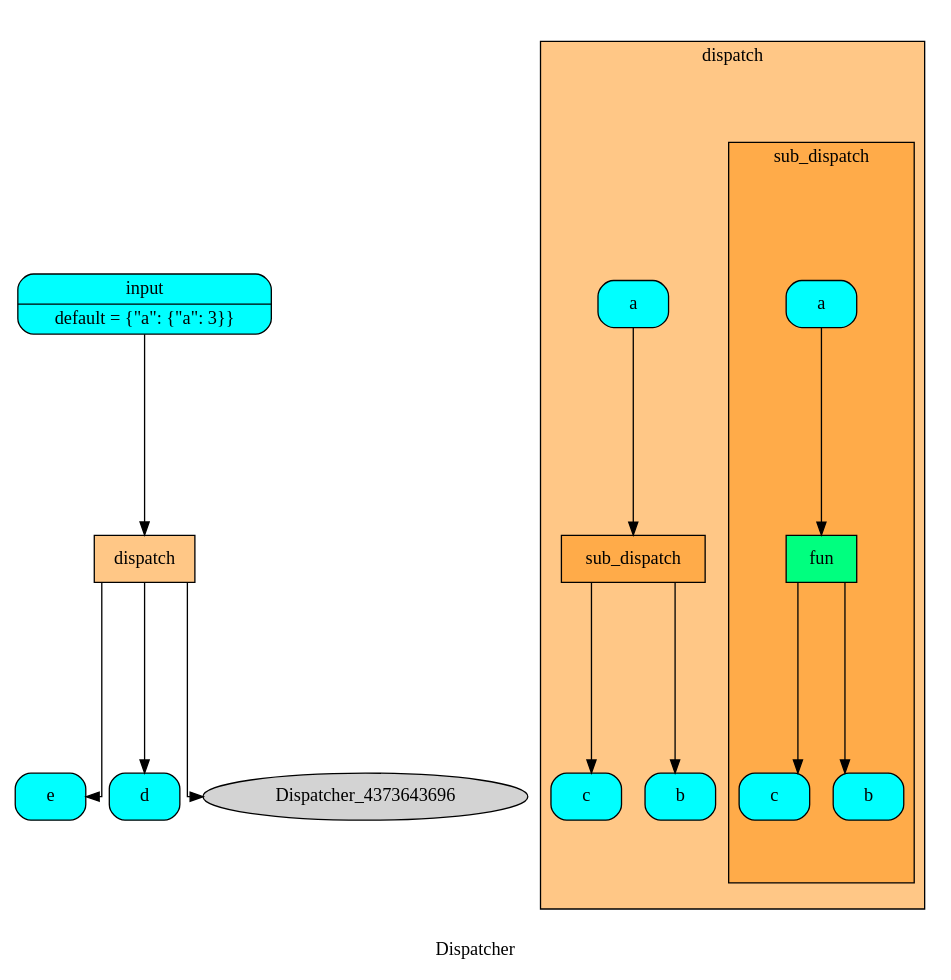
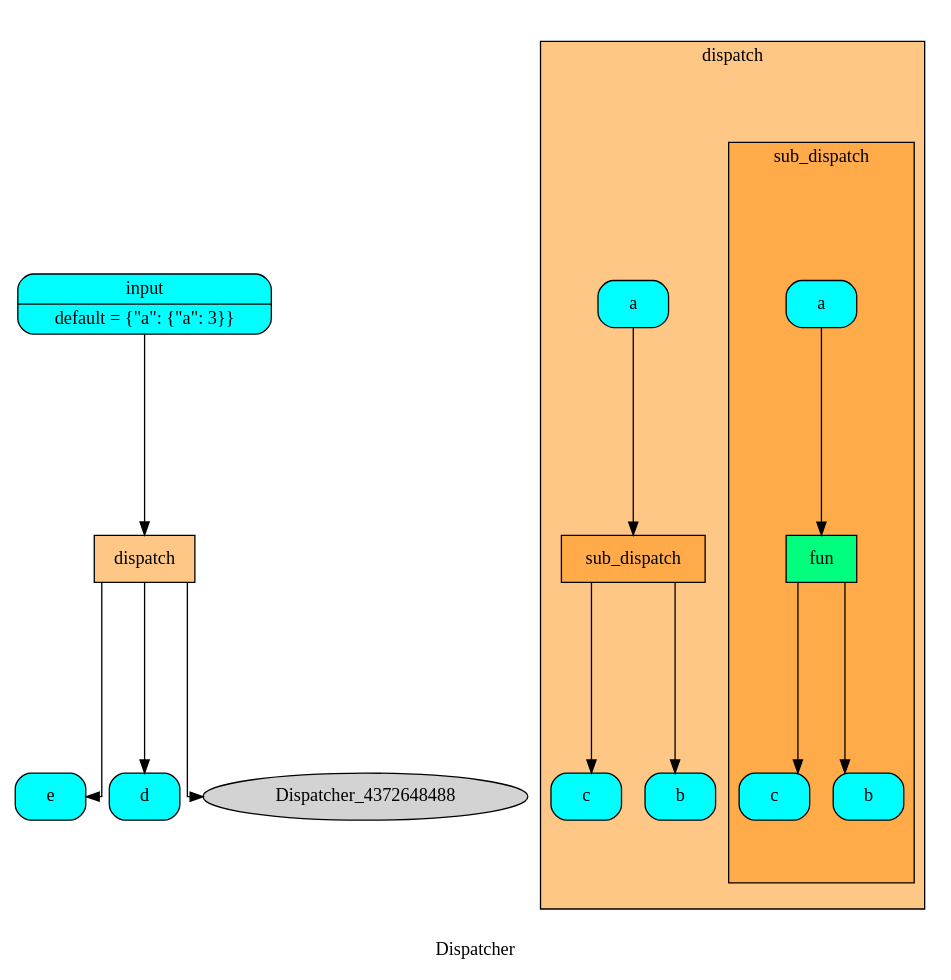
The diagram in doc/source/dispatcher/draw/dsp.dot (vinci1it2000/schedula), drawn with Graphviz before and after one commit. The commit also changed 23 other files, not shown here.

```diff
--- a/doc/source/dispatcher/draw/dsp.dot
+++ b/doc/source/dispatcher/draw/dsp.dot
@@ -1,40 +1,40 @@
 digraph Dispatcher {
 	graph [ratio=1]
 	node [style=filled]
 	splines = ortho
 	label = "Dispatcher"
-		"Dispatcher_-1600553766741042494" [label="{ e  }" fillcolor=cyan shape=Mrecord]
-		subgraph cluster_Dispatcher_4465719520414324661 {
+		Dispatcher_8881531434403260099 [label="{ input | default = \{&quot;a&quot;: \{&quot;a&quot;: 3\}\} }" fillcolor=cyan shape=Mrecord]
+		Dispatcher_8757498191479327245 [label="{ e  }" fillcolor=cyan shape=Mrecord]
+		Dispatcher_8292886482098159717 [label="{ d  }" fillcolor=cyan shape=Mrecord]
+		subgraph "cluster_Dispatcher_-9016643627422849785" {
 		style=filled
 		fillcolor="#FF8F0F80"
 		label="dispatch"
 		comment="dispatch"
-			cluster_Dispatcher_4465719520414324661_8642698689935103924 [label="{ c  }" fillcolor=cyan shape=Mrecord]
-			"cluster_Dispatcher_4465719520414324661_-1841214044933314468" [label="{ a  }" fillcolor=cyan shape=Mrecord]
-			subgraph cluster_cluster_Dispatcher_4465719520414324661_806789296543272334 {
+			"cluster_Dispatcher_-9016643627422849785_-8069443800989944208" [label="{ c  }" fillcolor=cyan shape=Mrecord]
+			subgraph "cluster_cluster_Dispatcher_-9016643627422849785_3327975050261345057" {
 			style=filled
 			fillcolor="#FF8F0F80"
 			label="sub_dispatch"
 			comment="sub_dispatch"
-				cluster_cluster_Dispatcher_4465719520414324661_806789296543272334_8642698689935103924 [label="{ c  }" fillcolor=cyan shape=Mrecord]
-				cluster_cluster_Dispatcher_4465719520414324661_806789296543272334_4091537378154039687 [label="{ b  }" fillcolor=cyan shape=Mrecord]
-				"cluster_cluster_Dispatcher_4465719520414324661_806789296543272334_-1841214044933314468" [label="{ a  }" fillcolor=cyan shape=Mrecord]
-				"cluster_cluster_Dispatcher_4465719520414324661_806789296543272334_-2651845486320115249" [label="{ fun  }" fillcolor=springgreen shape=record]
-					"cluster_cluster_Dispatcher_4465719520414324661_806789296543272334_-1841214044933314468" -> "cluster_cluster_Dispatcher_4465719520414324661_806789296543272334_-2651845486320115249"
-					"cluster_cluster_Dispatcher_4465719520414324661_806789296543272334_-2651845486320115249" -> cluster_cluster_Dispatcher_4465719520414324661_806789296543272334_8642698689935103924
-					"cluster_cluster_Dispatcher_4465719520414324661_806789296543272334_-2651845486320115249" -> cluster_cluster_Dispatcher_4465719520414324661_806789296543272334_4091537378154039687
+				"cluster_cluster_Dispatcher_-9016643627422849785_3327975050261345057_-8069443800989944208" [label="{ c  }" fillcolor=cyan shape=Mrecord]
+				"cluster_cluster_Dispatcher_-9016643627422849785_3327975050261345057_-4868960230063457645" [label="{ b  }" fillcolor=cyan shape=Mrecord]
+				"cluster_cluster_Dispatcher_-9016643627422849785_3327975050261345057_-6154672520566587020" [label="{ a  }" fillcolor=cyan shape=Mrecord]
+				"cluster_cluster_Dispatcher_-9016643627422849785_3327975050261345057_5723371101454013599" [label="{ fun  }" fillcolor=springgreen shape=record]
+					"cluster_cluster_Dispatcher_-9016643627422849785_3327975050261345057_-6154672520566587020" -> "cluster_cluster_Dispatcher_-9016643627422849785_3327975050261345057_5723371101454013599"
+					"cluster_cluster_Dispatcher_-9016643627422849785_3327975050261345057_5723371101454013599" -> "cluster_cluster_Dispatcher_-9016643627422849785_3327975050261345057_-8069443800989944208"
+					"cluster_cluster_Dispatcher_-9016643627422849785_3327975050261345057_5723371101454013599" -> "cluster_cluster_Dispatcher_-9016643627422849785_3327975050261345057_-4868960230063457645"
 			}
-			cluster_Dispatcher_4465719520414324661_806789296543272334 [label="{ sub_dispatch  }" fillcolor="#FF8F0F80" shape=record]
-			cluster_Dispatcher_4465719520414324661_4091537378154039687 [label="{ b  }" fillcolor=cyan shape=Mrecord]
-				"cluster_Dispatcher_4465719520414324661_-1841214044933314468" -> cluster_Dispatcher_4465719520414324661_806789296543272334
-				cluster_Dispatcher_4465719520414324661_806789296543272334 -> cluster_Dispatcher_4465719520414324661_8642698689935103924
-				cluster_Dispatcher_4465719520414324661_806789296543272334 -> cluster_Dispatcher_4465719520414324661_4091537378154039687
+			"cluster_Dispatcher_-9016643627422849785_3327975050261345057" [label="{ sub_dispatch  }" fillcolor="#FF8F0F80" shape=record]
+			"cluster_Dispatcher_-9016643627422849785_-4868960230063457645" [label="{ b  }" fillcolor=cyan shape=Mrecord]
+			"cluster_Dispatcher_-9016643627422849785_-6154672520566587020" [label="{ a  }" fillcolor=cyan shape=Mrecord]
+				"cluster_Dispatcher_-9016643627422849785_3327975050261345057" -> "cluster_Dispatcher_-9016643627422849785_-8069443800989944208"
+				"cluster_Dispatcher_-9016643627422849785_3327975050261345057" -> "cluster_Dispatcher_-9016643627422849785_-4868960230063457645"
+				"cluster_Dispatcher_-9016643627422849785_-6154672520566587020" -> "cluster_Dispatcher_-9016643627422849785_3327975050261345057"
 		}
-		Dispatcher_4465719520414324661 [label="{ dispatch  }" fillcolor="#FF8F0F80" shape=record]
-		Dispatcher_8013704606584567414 [label="{ input | default = \{&quot;a&quot;: \{&quot;a&quot;: 3\}\} }" fillcolor=cyan shape=Mrecord]
-		"Dispatcher_-4429513020801161489" [label="{ d  }" fillcolor=cyan shape=Mrecord]
-			Dispatcher_4465719520414324661 -> Dispatcher_4373643696
-			Dispatcher_4465719520414324661 -> "Dispatcher_-1600553766741042494"
-			Dispatcher_4465719520414324661 -> "Dispatcher_-4429513020801161489"
-			Dispatcher_8013704606584567414 -> Dispatcher_4465719520414324661
+		"Dispatcher_-9016643627422849785" [label="{ dispatch  }" fillcolor="#FF8F0F80" shape=record]
+			Dispatcher_8881531434403260099 -> "Dispatcher_-9016643627422849785"
+			"Dispatcher_-9016643627422849785" -> Dispatcher_4372648488
+			"Dispatcher_-9016643627422849785" -> Dispatcher_8292886482098159717
+			"Dispatcher_-9016643627422849785" -> Dispatcher_8757498191479327245
 }
```
